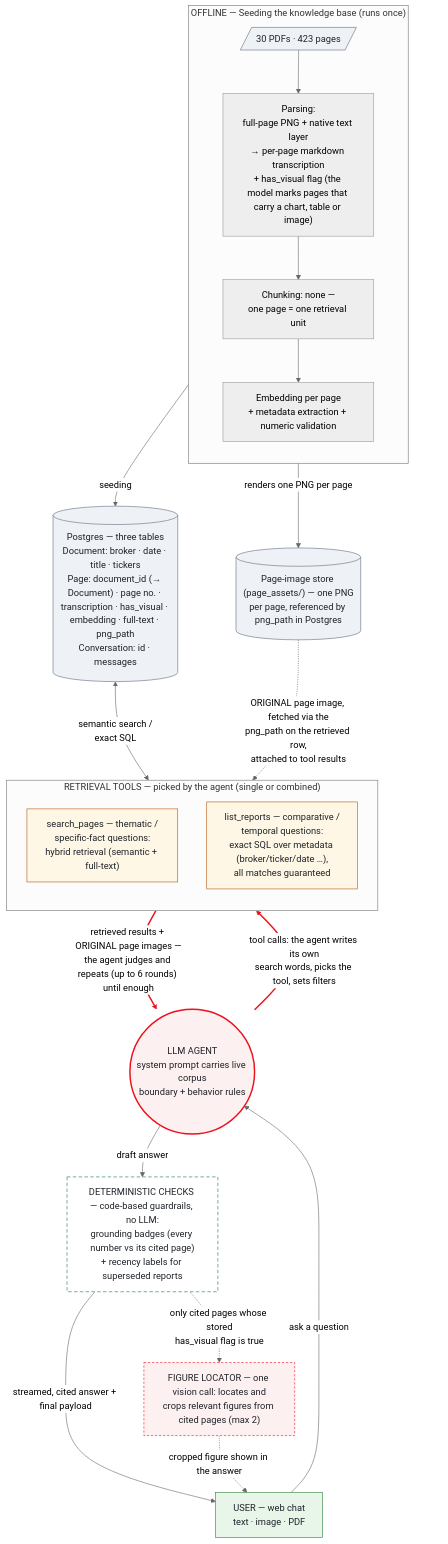
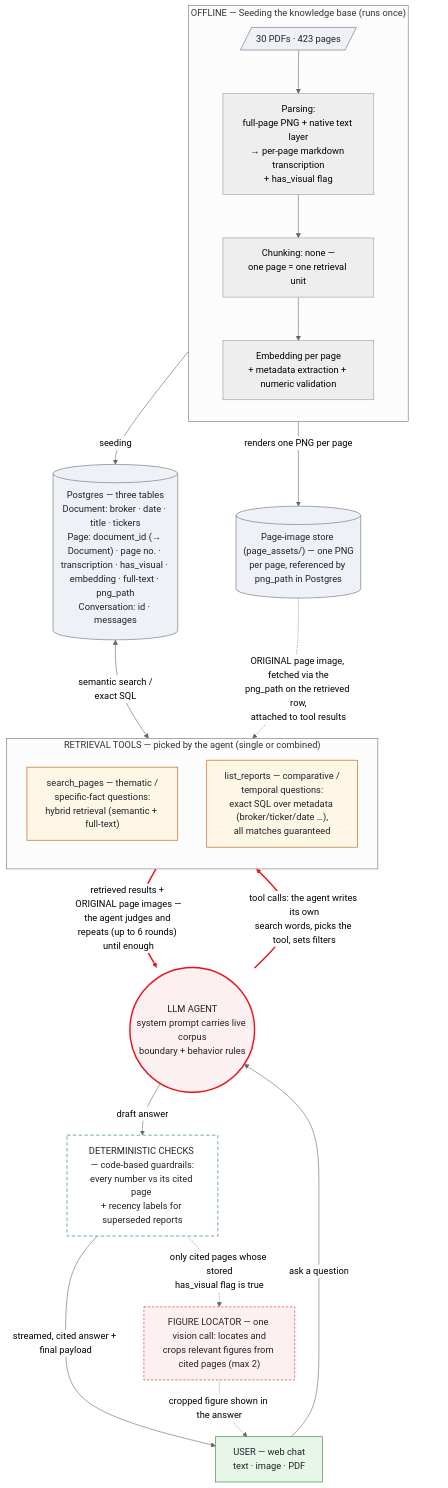
One commit to Nicole-Tu97/broker-research-chatbot changed the diagram in DESIGN.md. Above: the diagram before and after it, drawn with Mermaid (neutral theme). The commit also changed other lines of this file, not shown here.

````diff
--- a/DESIGN.md
+++ b/DESIGN.md
@@ -35,57 +35,57 @@
 ```mermaid
 flowchart TB
     subgraph SEED["OFFLINE — Seeding the knowledge base (runs once)"]
         direction TB
         DOCS[/"30 PDFs · 423 pages"/]
-        DOCS --> P0["Parsing:<br/>full-page PNG + native text layer<br/>→ per-page markdown transcription<br/>+ has_visual flag (the model marks pages that carry a chart, table or image)"]
+        DOCS --> P0["Parsing:<br/>full-page PNG + native text layer<br/>→ per-page markdown transcription<br/>+ has_visual flag"]
         P0 --> P1["Chunking: none —<br/>one page = one retrieval unit"]
         P1 --> P2["Embedding per page<br/>+ metadata extraction + numeric validation"]
     end
 
     PG[("Postgres — three tables<br/>Document: broker · date · title · tickers<br/>Page: document_id (→ Document) · page no. · transcription · has_visual · embedding · full-text · png_path<br/>Conversation: id · messages")]
     IMG[("Page-image store (page_assets/) — one PNG<br/>per page, referenced by png_path in Postgres")]
 
     A(("LLM AGENT<br/>system prompt carries live corpus<br/>boundary + behavior rules"))
 
     subgraph TOOLS["RETRIEVAL TOOLS — picked by the agent (single or combined)"]
         direction TB
         SP["search_pages — thematic /<br/>specific-fact questions:<br/>hybrid retrieval (semantic + full-text)"]
         LRT["list_reports — comparative /<br/>temporal questions:<br/>exact SQL over metadata (broker/ticker/date …),<br/>all matches guaranteed"]
     end
 
     U["USER — web chat<br/>text · image · PDF"]
 
-    CK["DETERMINISTIC CHECKS — code-based guardrails, no LLM:<br/>grounding badges (every number vs its cited page)<br/>+ recency labels for superseded reports"]
+    CK["DETERMINISTIC CHECKS — code-based guardrails:<br/>every number vs its cited page <br/>+ recency labels for superseded reports"]
     FIG["FIGURE LOCATOR — one vision call: locates and<br/>crops relevant figures from cited pages (max 2)"]
 
     SEED -- "seeding" --> PG
     SEED -- "renders one PNG per page" --> IMG
     U -- "ask a question" --> A
     A -- "tool calls: the agent writes its own<br/>search words, picks the tool, sets filters" --> TOOLS
     TOOLS -- "retrieved results + ORIGINAL page images —<br/>the agent judges and repeats (up to 6 rounds) until enough" --> A
     PG <-- "semantic search /<br/>exact SQL" --> TOOLS
     IMG -. "ORIGINAL page image, fetched via the<br/>png_path on the retrieved row,<br/>attached to tool results" .-> TOOLS
     A -- "draft answer" --> CK
     CK -- "streamed, cited answer + final payload" --> U
     CK -. "only cited pages whose stored<br/>has_visual flag is true" .-> FIG
     FIG -. "cropped figure shown in the answer" .-> U
     SEED ~~~ U
 
     %% Red edges = the agentic decision surface: outbound, the agent phrases its own
     %% queries, picks tools and filters; on the return, it judges sufficiency and repeats.
     %% linkStyle indexes edges in order of appearance (subgraph-internal edges included).
     linkStyle 6,7 stroke:#EC111A,stroke-width:2.5px;
 
     classDef user fill:#e8f5e9,stroke:#2e7d32,color:#1f2329;
     classDef tool fill:#fff7e6,stroke:#b45309,color:#1f2329;
     classDef agent fill:#FDF0F0,stroke:#EC111A,stroke-width:2.5px,color:#1f2329;
     classDef store fill:#eef2f7,stroke:#5f6b7a,color:#1f2329;
     classDef det fill:#ffffff,stroke:#0e7a3d,stroke-dasharray:6 4,color:#1f2329;
     classDef llm fill:#FDF0F0,stroke:#EC111A,stroke-dasharray:4 3,color:#1f2329;
     class U user;
     class SP,LRT tool;
     class A agent;
     class DOCS,PG,IMG store;
     class CK det;
     class FIG llm;
 ```
````
